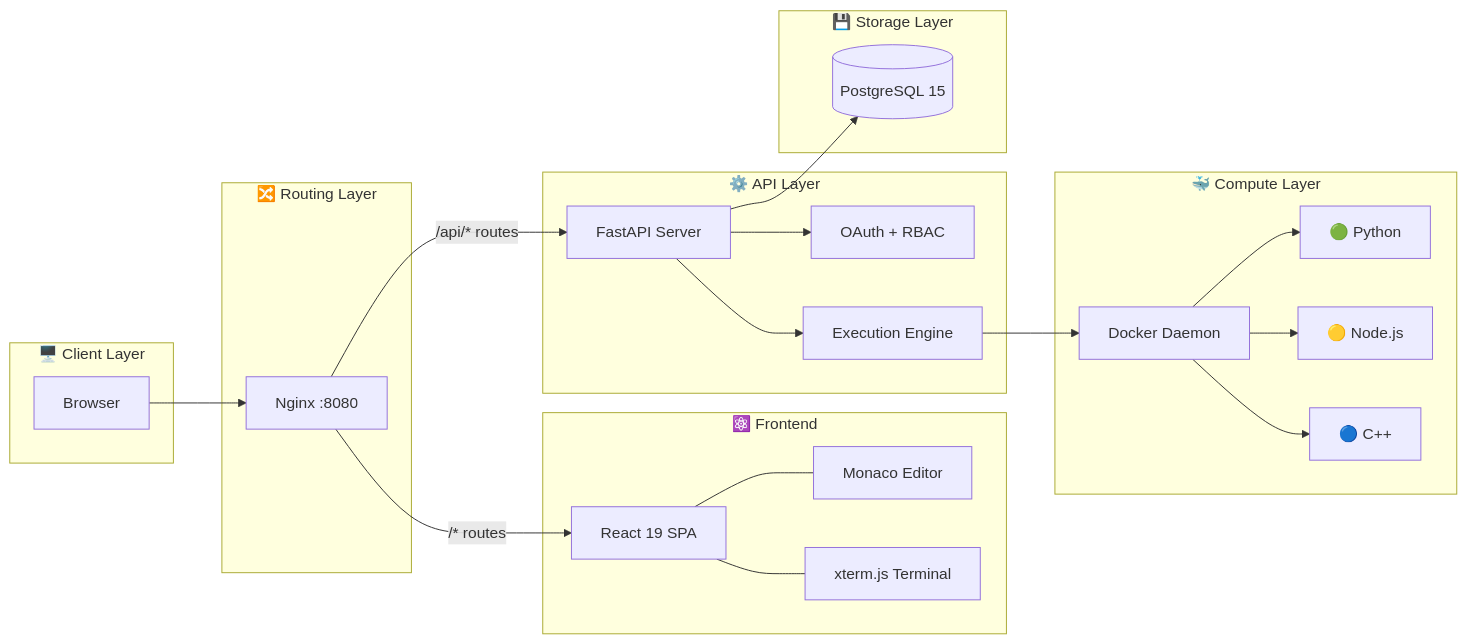
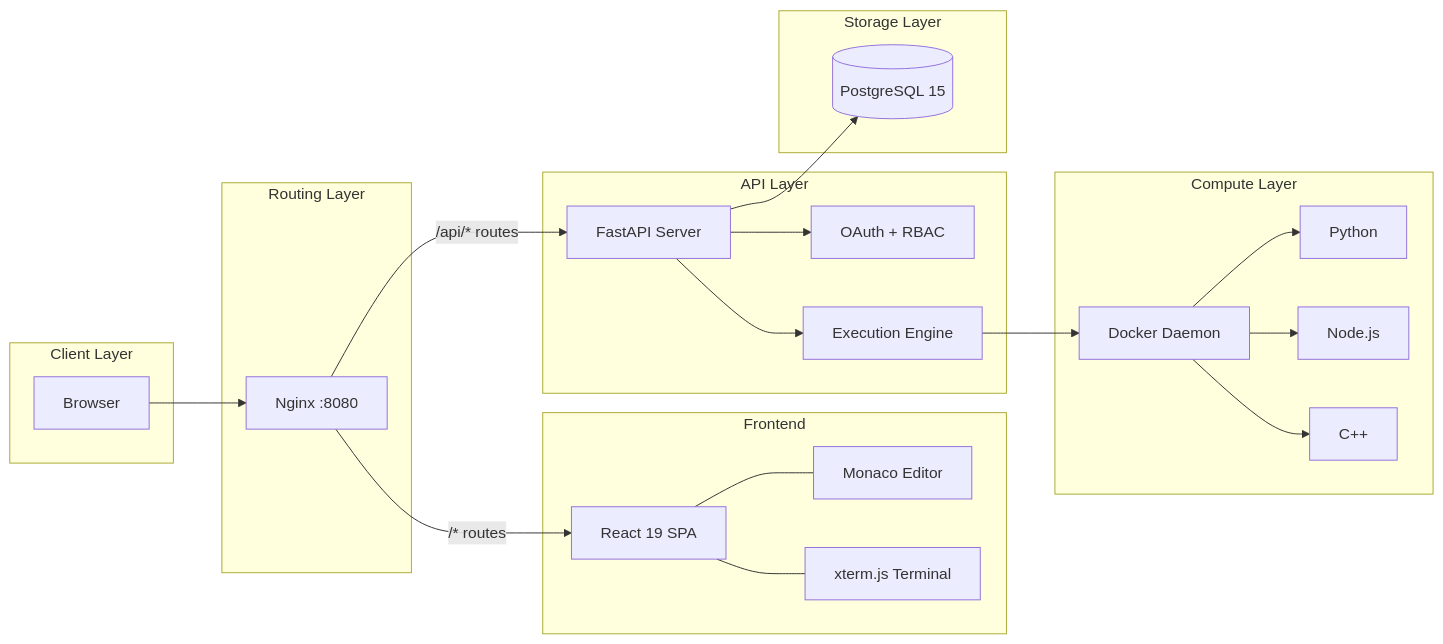
The first of 3 diagrams in README.md (SudarshanSingh1/myEditor), drawn with Mermaid before and after one commit. The commit also changed other lines of this file and 11 other files, not shown here.

````diff
--- a/README.md
+++ b/README.md
@@ -85,46 +85,46 @@
 ```mermaid
 flowchart LR
-    subgraph Client["🖥️ Client Layer"]
+    subgraph Client["Client Layer"]
         Browser["Browser"]
     end
 
-    subgraph Proxy["🔀 Routing Layer"]
+    subgraph Proxy["Routing Layer"]
         Nginx["Nginx :8080"]
     end
 
-    subgraph Frontend["⚛️ Frontend"]
+    subgraph Frontend["Frontend"]
         React["React 19 SPA"]
         Monaco["Monaco Editor"]
         Xterm["xterm.js Terminal"]
     end
 
-    subgraph Backend["⚙️ API Layer"]
+    subgraph Backend["API Layer"]
         FastAPI["FastAPI Server"]
         Auth["OAuth + RBAC"]
         ExecEngine["Execution Engine"]
     end
 
-    subgraph Storage["💾 Storage Layer"]
+    subgraph Storage["Storage Layer"]
         DB[("PostgreSQL 15")]
     end
 
-    subgraph Compute["🐳 Compute Layer"]
+    subgraph Compute["Compute Layer"]
         DockerDaemon["Docker Daemon"]
-        Container1["🟢 Python"]
-        Container2["🟡 Node.js"]
-        Container3["🔵 C++"]
+        Container1["Python"]
+        Container2["Node.js"]
+        Container3["C++"]
     end
 
     Browser --> Nginx
     Nginx -->|"/* routes"| React
     Nginx -->|"/api/* routes"| FastAPI
     React --- Monaco
     React --- Xterm
     FastAPI --> Auth
     FastAPI --> ExecEngine
     FastAPI --> DB
     ExecEngine --> DockerDaemon
     DockerDaemon --> Container1
     DockerDaemon --> Container2
     DockerDaemon --> Container3
 ```
````
